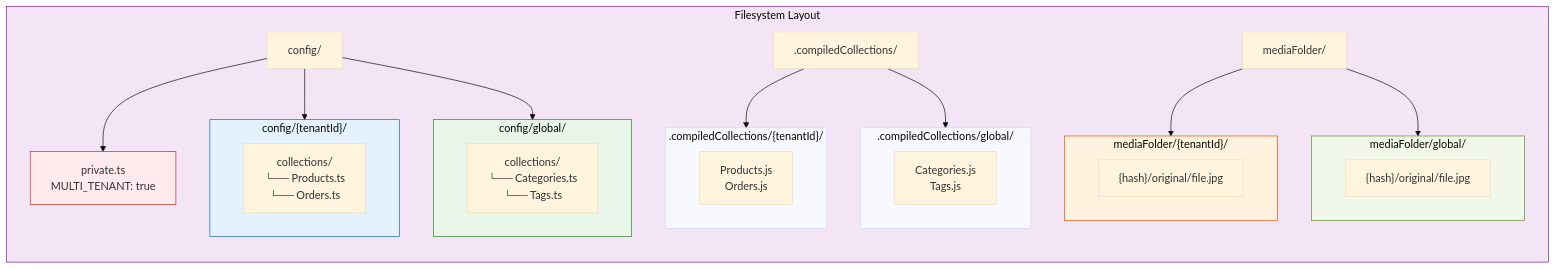
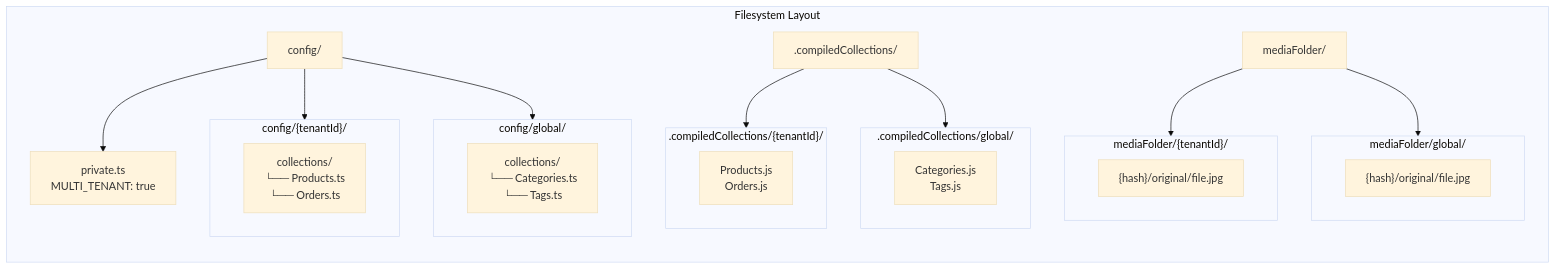
One commit to SveltyCMS/SveltyCMS changed the third of 6 diagrams in docs/reference/architecture/multi-tenancy.mdx. Above: the diagram before and after it, drawn with Mermaid (base theme). The commit also changed other lines of this file and 18 other files, not shown here.

````diff
--- a/docs/reference/architecture/multi-tenancy.mdx
+++ b/docs/reference/architecture/multi-tenancy.mdx
@@ -400,56 +389,49 @@
 ```mermaid
 graph TB
     subgraph FS["Filesystem Layout"]
         direction TB
 
         CFG["config/"]
         COMP[".compiledCollections/"]
         MEDIA["mediaFolder/"]
         PRIV["private.ts<br/>MULTI_TENANT: true"]
 
         subgraph TenantDir["config/{tenantId}/"]
             TC["collections/
             └── Products.ts
             └── Orders.ts"]
         end
 
         subgraph GlobalDir["config/global/"]
             GC["collections/
             └── Categories.ts
             └── Tags.ts"]
         end
 
         subgraph CompiledTenant[".compiledCollections/{tenantId}/"]
             CTC["Products.js
             Orders.js"]
         end
 
         subgraph CompiledGlobal[".compiledCollections/global/"]
             CGC["Categories.js
             Tags.js"]
         end
 
         subgraph MediaTenant["mediaFolder/{tenantId}/"]
             MT["{hash}/original/file.jpg"]
         end
 
         subgraph MediaGlobal["mediaFolder/global/"]
             MG["{hash}/original/file.jpg"]
         end
 
         CFG --> TenantDir
         CFG --> GlobalDir
         CFG --> PRIV
         COMP --> CompiledTenant
         COMP --> CompiledGlobal
         MEDIA --> MediaTenant
         MEDIA --> MediaGlobal
     end
-
-    style FS fill:#f3e5f5,stroke:#7b1fa2
-    style TenantDir fill:#e3f2fd,stroke:#1565c0
-    style GlobalDir fill:#e8f5e9,stroke:#2e7d32
-    style MediaTenant fill:#fff3e0,stroke:#e65100
-    style MediaGlobal fill:#f1f8e9,stroke:#558b2f
-    style PRIV fill:#ffebee,stroke:#c62828
 ```
````
